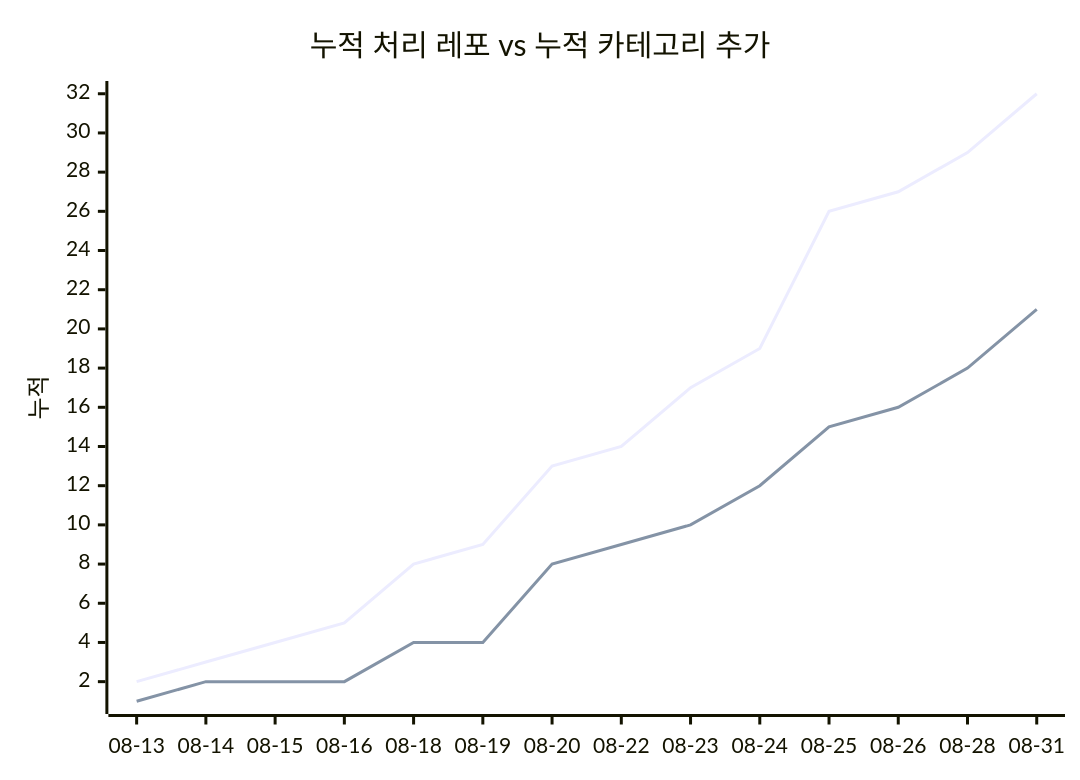
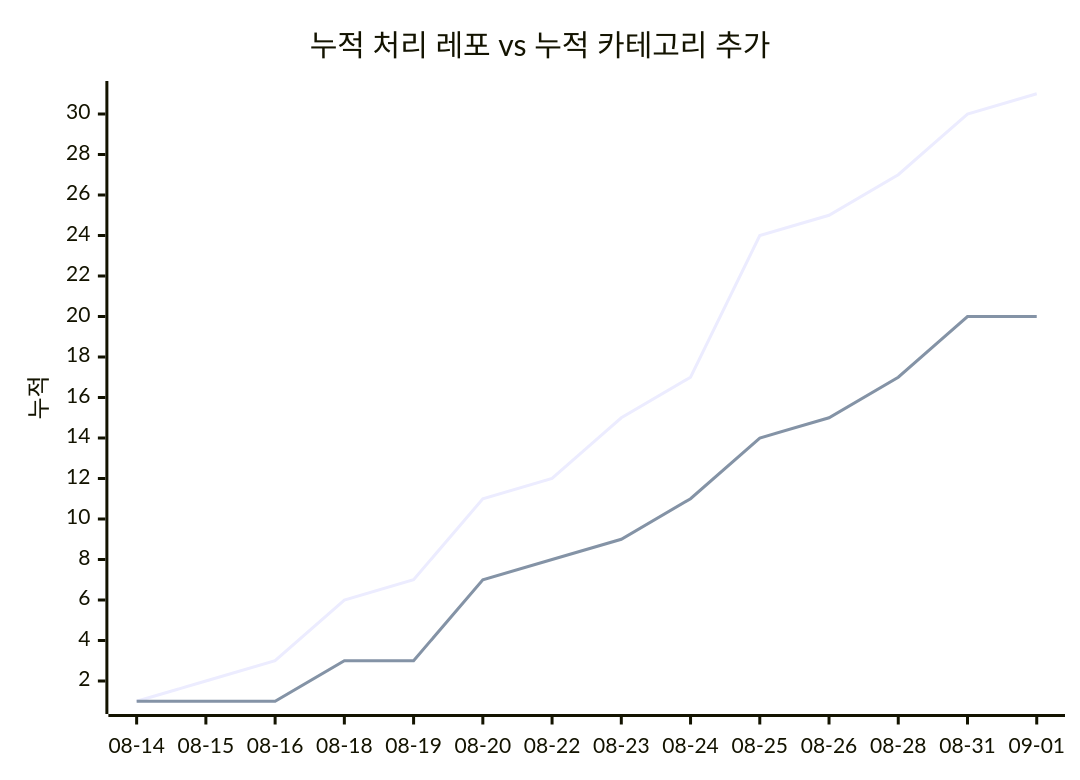
Before and after one commit to J-nowcow/awesome-korean-agent-skills: the second of 2 diagrams in docs/trends.md, drawn with Mermaid. The commit also changed other lines of this file and 2 other files, not shown here.

````diff
--- a/docs/trends.md
+++ b/docs/trends.md
@@ -68,8 +68,8 @@
 ```mermaid
 xychart-beta
     title "누적 처리 레포 vs 누적 카테고리 추가"
-    x-axis ["08-13","08-14","08-15","08-16","08-18","08-19","08-20","08-22","08-23","08-24","08-25","08-26","08-28","08-31"]
+    x-axis ["08-14","08-15","08-16","08-18","08-19","08-20","08-22","08-23","08-24","08-25","08-26","08-28","08-31","09-01"]
     y-axis "누적"
-    line [2,3,4,5,8,9,13,14,17,19,26,27,29,32]
-    line [1,2,2,2,4,4,8,9,10,12,15,16,18,21]
+    line [1,2,3,6,7,11,12,15,17,24,25,27,30,31]
+    line [1,1,1,3,3,7,8,9,11,14,15,17,20,20]
 ```
````
